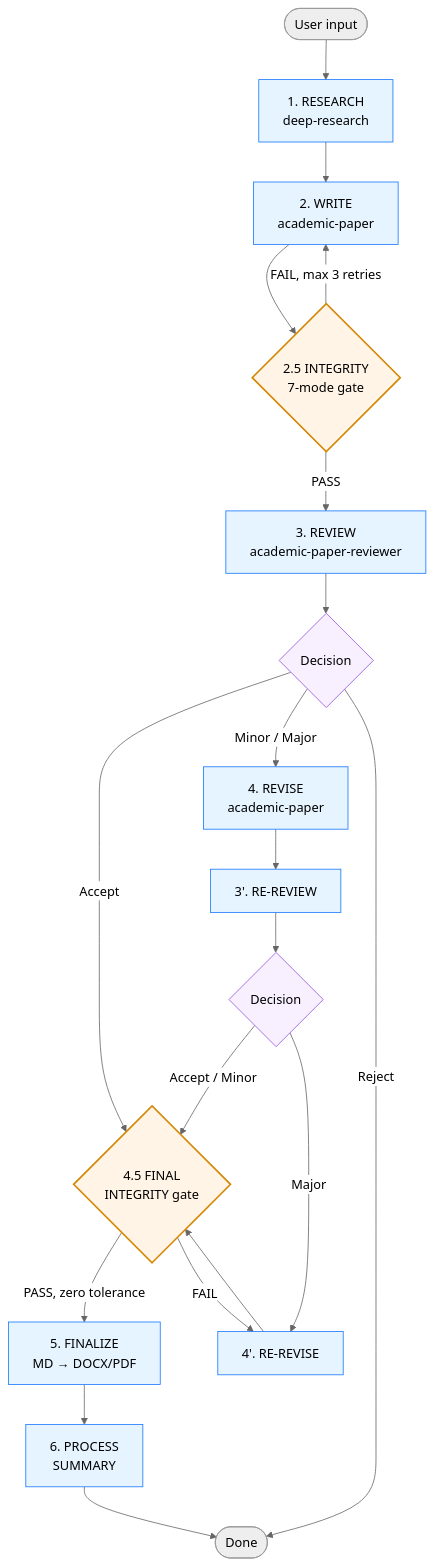
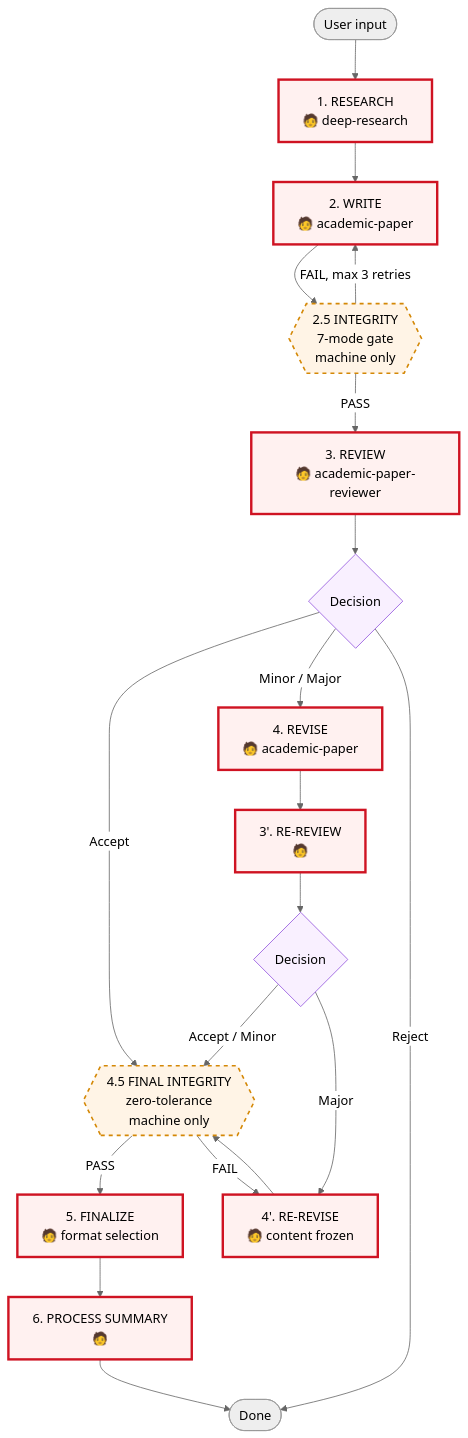
Before and after one commit to Masqiller/ARG-RESEARCHER-V4.1: the first of 4 diagrams in docs/ARCHITECTURE.md, drawn with Mermaid (neutral theme). The commit also changed other lines of this file, not shown here.

First line of the commit message:
docs(architecture): correct versions, highlight human gates, reorder sections

````diff
--- a/docs/ARCHITECTURE.md
+++ b/docs/ARCHITECTURE.md
@@ -7,39 +35,39 @@
 ```mermaid
 flowchart TD
     Start([User input])
-    S1[1. RESEARCH<br/>deep-research]
-    S2[2. WRITE<br/>academic-paper]
-    G25{2.5 INTEGRITY<br/>7-mode gate}
-    S3[3. REVIEW<br/>academic-paper-reviewer]
+    S1[1. RESEARCH<br/>🧑 deep-research]
+    S2[2. WRITE<br/>🧑 academic-paper]
+    G25{{2.5 INTEGRITY<br/>7-mode gate<br/>machine only}}
+    S3[3. REVIEW<br/>🧑 academic-paper-reviewer]
     D3{Decision}
-    S4[4. REVISE<br/>academic-paper]
-    S3p[3'. RE-REVIEW]
+    S4[4. REVISE<br/>🧑 academic-paper]
+    S3p[3'. RE-REVIEW<br/>🧑]
     D3p{Decision}
-    S4p[4'. RE-REVISE]
-    G45{4.5 FINAL<br/>INTEGRITY gate}
-    S5[5. FINALIZE<br/>MD → DOCX/PDF]
-    S6[6. PROCESS<br/>SUMMARY]
+    S4p[4'. RE-REVISE<br/>🧑 content frozen]
+    G45{{4.5 FINAL INTEGRITY<br/>zero-tolerance<br/>machine only}}
+    S5[5. FINALIZE<br/>🧑 format selection]
+    S6[6. PROCESS SUMMARY<br/>🧑]
     End([Done])
 
     Start --> S1 --> S2 --> G25
     G25 -- PASS --> S3
     G25 -- FAIL, max 3 retries --> S2
     S3 --> D3
     D3 -- Accept --> G45
     D3 -- Minor / Major --> S4
     D3 -- Reject --> End
     S4 --> S3p --> D3p
     D3p -- Accept / Minor --> G45
     D3p -- Major --> S4p
     S4p --> G45
-    G45 -- PASS, zero tolerance --> S5
+    G45 -- PASS --> S5
     G45 -- FAIL --> S4p
     S5 --> S6 --> End
 
-    classDef gate fill:#fff4e6,stroke:#d48806,stroke-width:2px
-    classDef skill fill:#e6f4ff,stroke:#1677ff
+    classDef humanGate fill:#fff1f0,stroke:#cf1322,stroke-width:3px
+    classDef machineGate fill:#fff4e6,stroke:#d48806,stroke-width:2px,stroke-dasharray:5 5
     classDef decision fill:#f9f0ff,stroke:#9254de
-    class G25,G45 gate
-    class S1,S2,S3,S4,S3p,S4p,S5,S6 skill
+    class S1,S2,S3,S4,S3p,S4p,S5,S6 humanGate
+    class G25,G45 machineGate
     class D3,D3p decision
 ```
````
